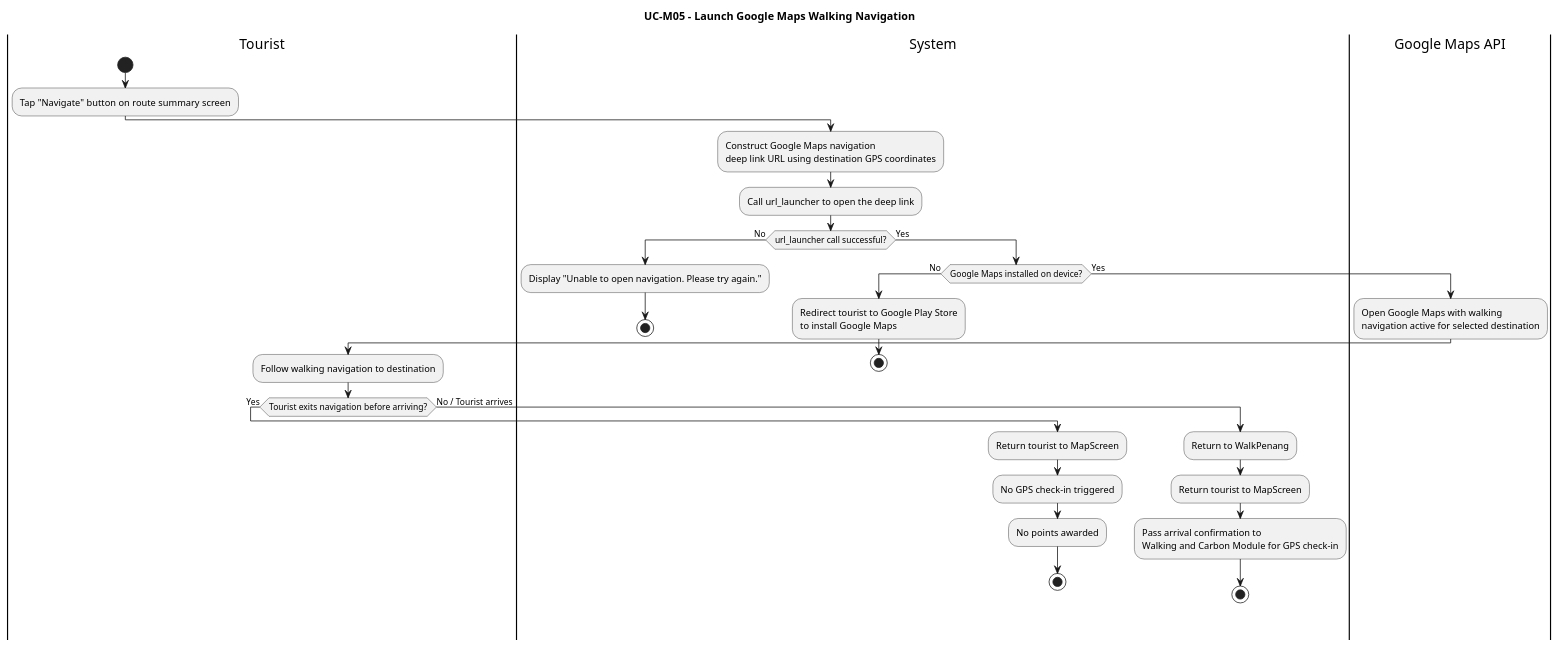
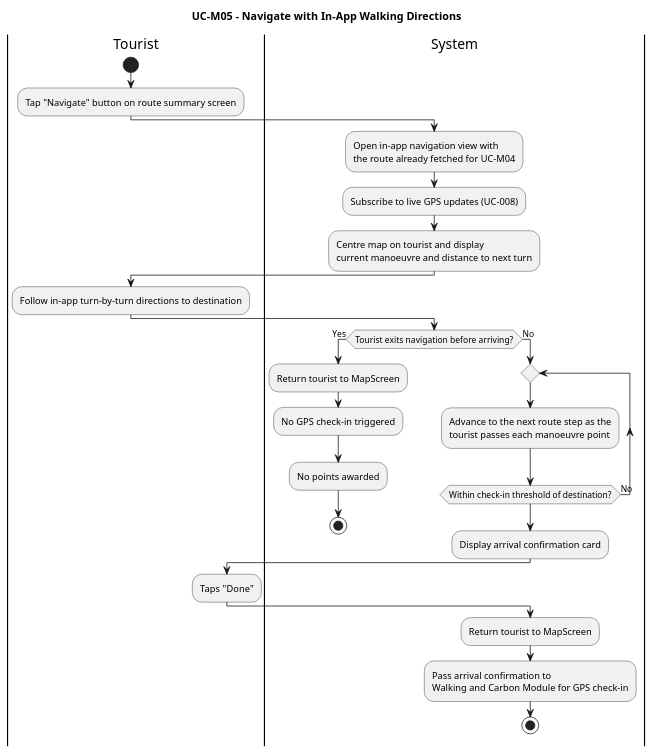
One commit to kzz05/WalkPenang changed the fifth of 5 diagrams in CLAUDE.md. Above: the diagram before and after it, drawn with PlantUML. The commit also changed other lines of this file and 23 other files, not shown here.

First line of the commit message:
Replace external Google Maps hand-off with in-app walking navigation

````diff
--- a/CLAUDE.md
+++ b/CLAUDE.md
@@ -488,45 +488,39 @@
 ```plantuml
-@startuml UC3_5_LaunchWalkingNavigation
-title UC-M05 - Launch Google Maps Walking Navigation
+@startuml UC3_5_InAppWalkingNavigation
+title UC-M05 - Navigate with In-App Walking Directions
 
 |Tourist|
 start
 :Tap "Navigate" button on route summary screen;
 
 |System|
-:Construct Google Maps navigation\ndeep link URL using destination GPS coordinates;
-:Call url_launcher to open the deep link;
+:Open in-app navigation view with\nthe route already fetched for UC-M04;
+:Subscribe to live GPS updates (UC-008);
+:Centre map on tourist and display\ncurrent manoeuvre and distance to next turn;
 
-if (url_launcher call successful?) then (No)
-  :Display "Unable to open navigation. Please try again.";
+|Tourist|
+:Follow in-app turn-by-turn directions to destination;
+
+|System|
+if (Tourist exits navigation before arriving?) then (Yes)
+  :Return tourist to MapScreen;
+  :No GPS check-in triggered;
+  :No points awarded;
   stop
-else (Yes)
-  if (Google Maps installed on device?) then (No)
-    :Redirect tourist to Google Play Store\nto install Google Maps;
-    stop
-  else (Yes)
-    |Google Maps API|
-    :Open Google Maps with walking\nnavigation active for selected destination;
+else (No)
+  repeat
+    :Advance to the next route step as the\ntourist passes each manoeuvre point;
+  repeat while (Within check-in threshold of destination?) is (No)
+  :Display arrival confirmation card;
 
-    |Tourist|
-    :Follow walking navigation to destination;
+  |Tourist|
+  :Taps "Done";
 
-    if (Tourist exits navigation before arriving?) then (Yes)
-      |System|
-      :Return tourist to MapScreen;
-      :No GPS check-in triggered;
-      :No points awarded;
-      stop
-    else (No / Tourist arrives)
-      :Return to WalkPenang;
-
-      |System|
-      :Return tourist to MapScreen;
-      :Pass arrival confirmation to\nWalking and Carbon Module for GPS check-in;
-      stop
-    endif
-  endif
+  |System|
+  :Return tourist to MapScreen;
+  :Pass arrival confirmation to\nWalking and Carbon Module for GPS check-in;
+  stop
 endif
 
 @enduml
 ```
````
